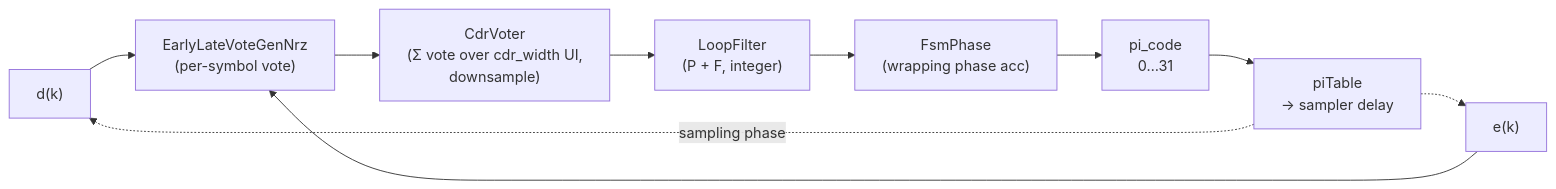
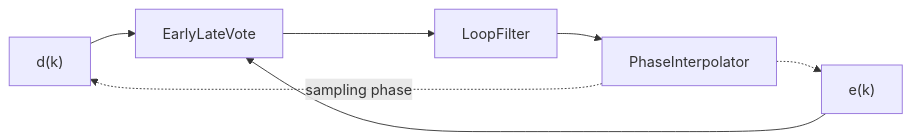
Before and after one commit to patrick-lightmatter/mydocs: the third of 4 diagrams in oci_msa/l250/architecture_spec.md, drawn with Mermaid. The commit also changed other lines of this file and 1 other file, not shown here.

````diff
--- a/oci_msa/l250/architecture_spec.md
+++ b/oci_msa/l250/architecture_spec.md
@@ -256,21 +254,15 @@
 ```mermaid
 flowchart LR
     D["d(k)"]
     E["e(k)"]
-    PD["EarlyLateVoteGenNrz<br/>(per-symbol vote)"]
-    V["CdrVoter<br/>(Σ vote over cdr_width UI,<br/>downsample)"]
-    LF["LoopFilter<br/>(P + F, integer)"]
-    FSM["FsmPhase<br/>(wrapping phase acc)"]
-    CODE["pi_code<br/>0…31"]
-    PI["piTable<br/>→ sampler delay"]
+    PD["EarlyLateVote"]
+    LF["LoopFilter"]
+    PI["PhaseInterpolator"]
 
     D --> PD
     E --> PD
-    PD --> V
-    V --> LF
-    LF --> FSM
-    FSM --> CODE
-    CODE --> PI
+    PD --> LF
+    LF --> PI
     PI -.->|sampling phase| D
     PI -.-> E
 ```
````
